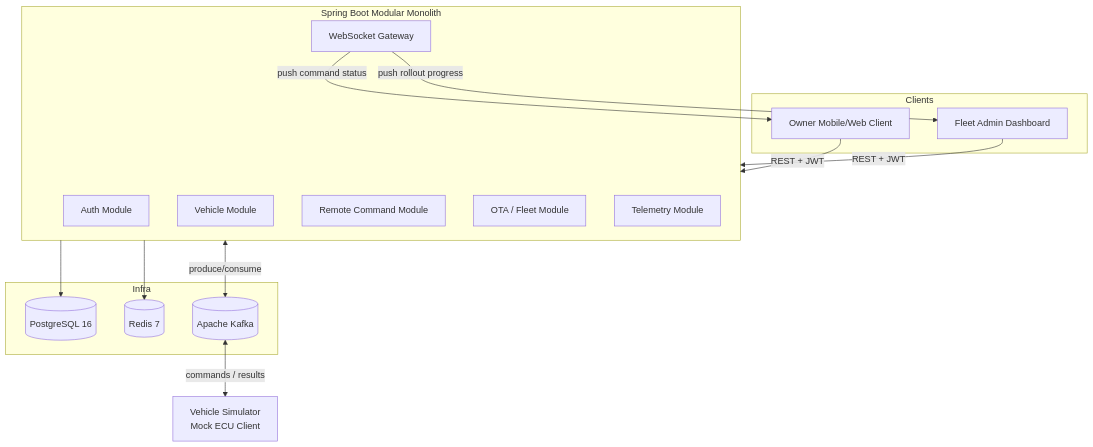
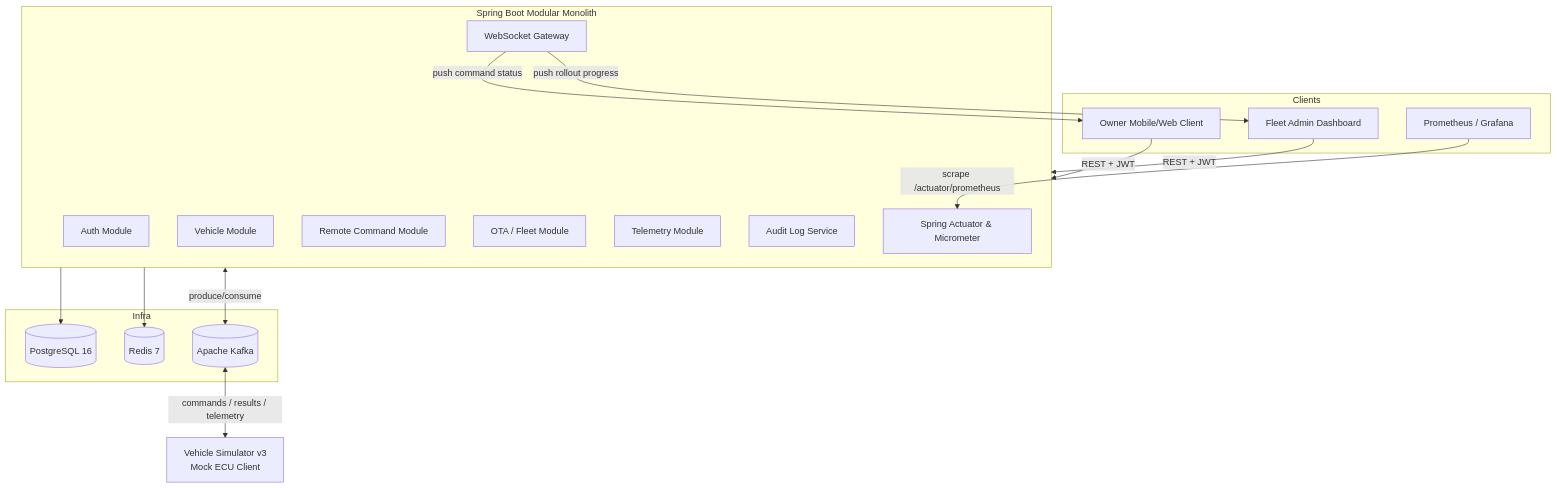
One commit to basarsy/pulse changed the diagram in README.md. Above: the diagram before and after it, drawn with Mermaid. The commit also changed other lines of this file and 33 other files, not shown here.

Commit message:
feat(telemetry): implement telemetry ingestion, audit logging, resilience4j, and observability (Phase 4)

````diff
--- a/README.md
+++ b/README.md
@@ -16,33 +18,37 @@
 ```mermaid
 flowchart TB
     subgraph Clients
         A[Owner Mobile/Web Client]
         B[Fleet Admin Dashboard]
+        PROM[Prometheus / Grafana]
     end
 
     subgraph Backend["Spring Boot Modular Monolith"]
         AUTH[Auth Module]
         VEH[Vehicle Module]
         CMD[Remote Command Module]
         OTA[OTA / Fleet Module]
         TEL[Telemetry Module]
+        AUDIT[Audit Log Service]
+        ACT[Spring Actuator & Micrometer]
         WS[WebSocket Gateway]
     end
 
     subgraph Infra
         PG[(PostgreSQL 16)]
         RD[(Redis 7)]
         KF[(Apache Kafka)]
     end
 
-    SIM[Vehicle Simulator<br/>Mock ECU Client]
+    SIM[Vehicle Simulator v3<br/>Mock ECU Client]
 
     A -->|REST + JWT| Backend
     B -->|REST + JWT| Backend
+    PROM -->|scrape /actuator/prometheus| ACT
     Backend --> PG
     Backend --> RD
     Backend <-->|produce/consume| KF
-    KF <-->|commands / results| SIM
+    KF <-->|commands / results / telemetry| SIM
     WS -->|push command status| A
     WS -->|push rollout progress| B
 ```
````
